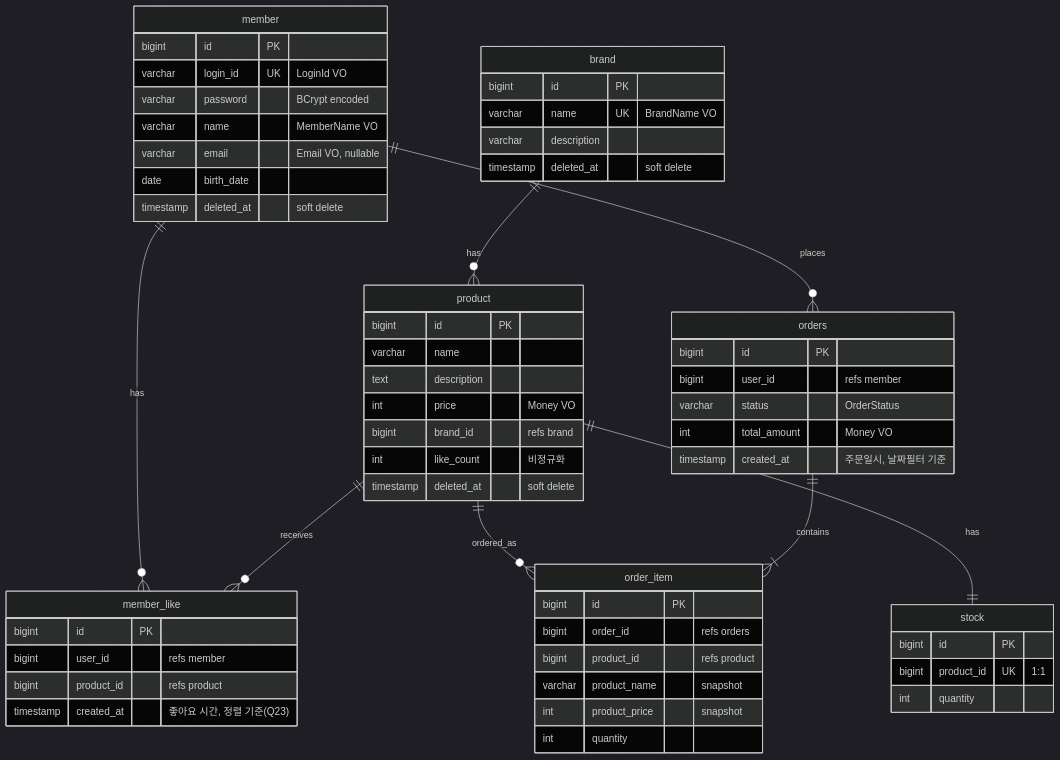
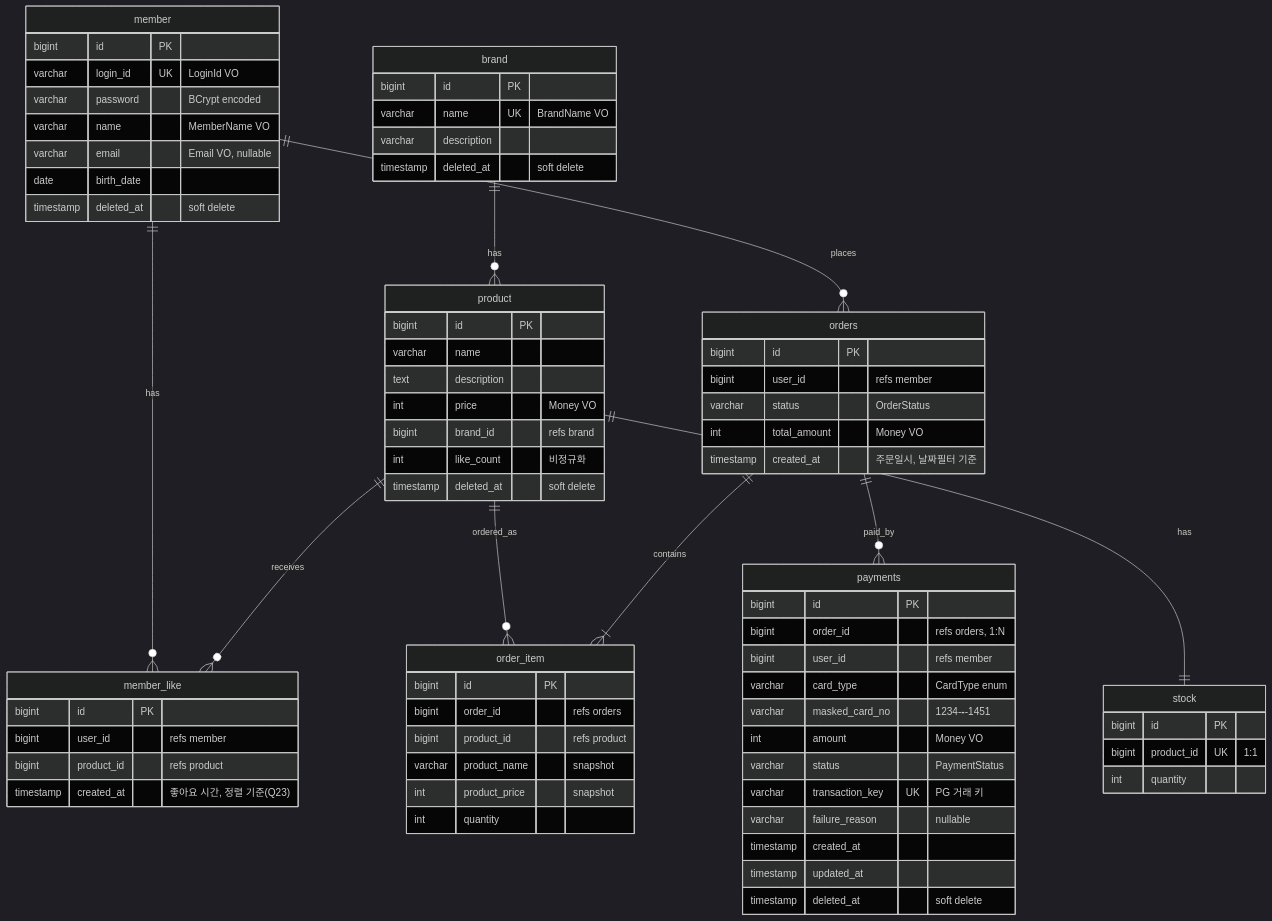
One commit to Praesentia-YKM/loop-pack-be-l2-vol3-java changed the diagram in docs/design/mermaid/05-erd.mmd. Above: the diagram before and after it, drawn with Mermaid (dark theme). The commit also changed 41 other files, not shown here.

First line of the commit message:
feat: 결제(Payment) 도메인 구현 및 Order 도메인 결제 연동

```diff
--- a/docs/design/mermaid/05-erd.mmd
+++ b/docs/design/mermaid/05-erd.mmd
@@ -1,59 +1,74 @@
 erDiagram
     member ||--o{ member_like : "has"
     member ||--o{ orders : "places"
     brand ||--o{ product : "has"
     product ||--|| stock : "has"
     product ||--o{ member_like : "receives"
     product ||--o{ order_item : "ordered_as"
     orders ||--|{ order_item : "contains"
+    orders ||--o{ payments : "paid_by"
 
     member {
         bigint id PK
         varchar login_id UK "LoginId VO"
         varchar password "BCrypt encoded"
         varchar name "MemberName VO"
         varchar email "Email VO, nullable"
         date birth_date
         timestamp deleted_at "soft delete"
     }
     brand {
         bigint id PK
         varchar name UK "BrandName VO"
         varchar description
         timestamp deleted_at "soft delete"
     }
     product {
         bigint id PK
         varchar name
         text description
         int price "Money VO"
         bigint brand_id "refs brand"
         int like_count "비정규화"
         timestamp deleted_at "soft delete"
     }
     stock {
         bigint id PK
         bigint product_id UK "1:1"
         int quantity
     }
     member_like {
         bigint id PK
         bigint user_id "refs member"
         bigint product_id "refs product"
         timestamp created_at "좋아요 시간, 정렬 기준(Q23)"
     }
     orders {
         bigint id PK
         bigint user_id "refs member"
         varchar status "OrderStatus"
         int total_amount "Money VO"
         timestamp created_at "주문일시, 날짜필터 기준"
     }
     order_item {
         bigint id PK
         bigint order_id "refs orders"
         bigint product_id "refs product"
         varchar product_name "snapshot"
         int product_price "snapshot"
         int quantity
     }
+    payments {
+        bigint id PK
+        bigint order_id "refs orders, 1:N"
+        bigint user_id "refs member"
+        varchar card_type "CardType enum"
+        varchar masked_card_no "1234-****-****-1451"
+        int amount "Money VO"
+        varchar status "PaymentStatus"
+        varchar transaction_key UK "PG 거래 키"
+        varchar failure_reason "nullable"
+        timestamp created_at
+        timestamp updated_at
+        timestamp deleted_at "soft delete"
+    }
```
